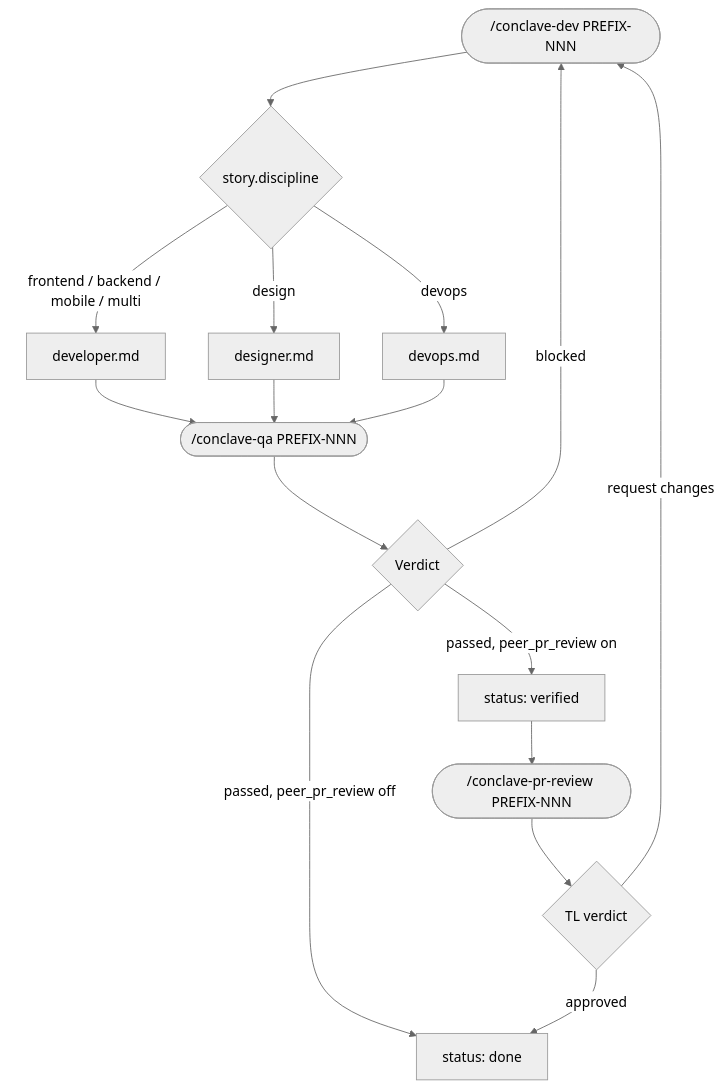
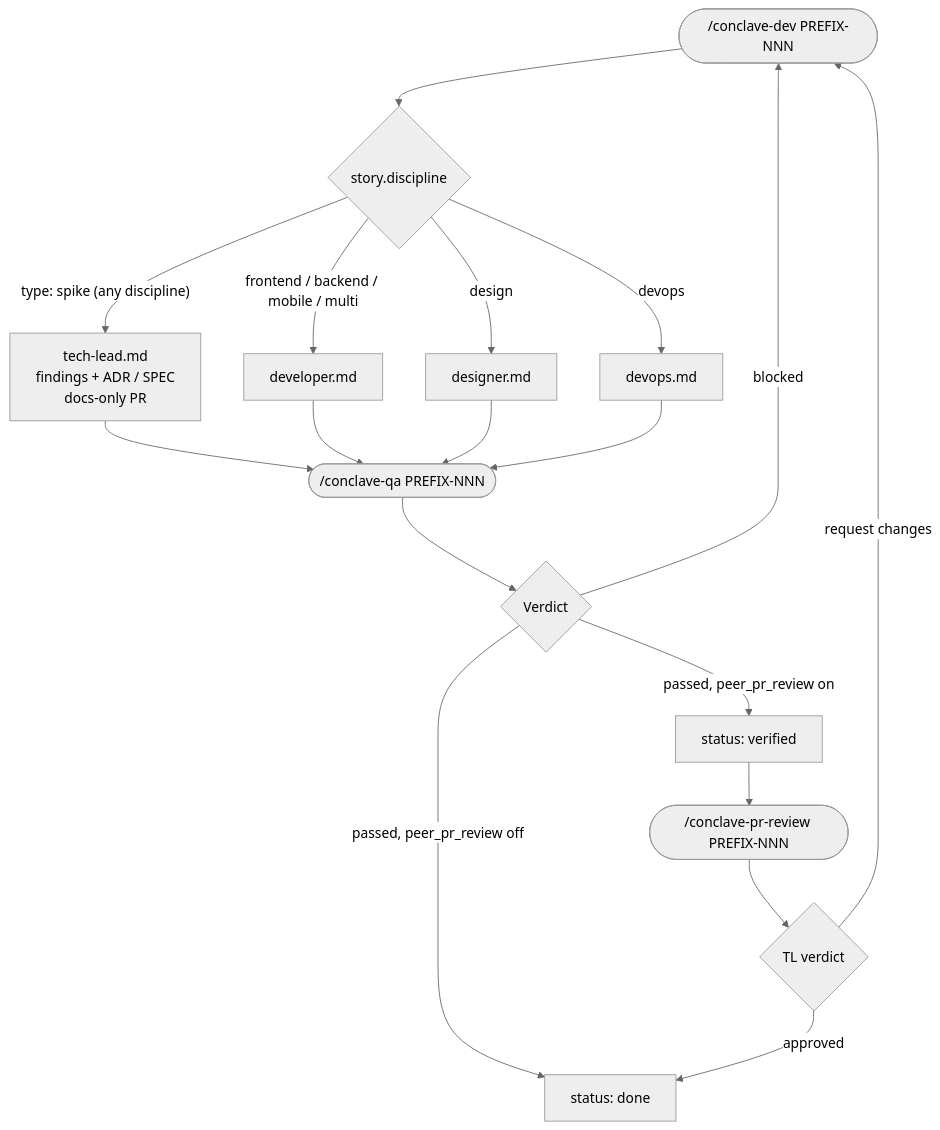
Before and after one commit to giolabs/conclave: the fifth of 6 diagrams in site/content/en/workflow.mdx, drawn with Mermaid (neutral theme). The commit also changed other lines of this file and 41 other files, not shown here.

````diff
--- a/site/content/en/workflow.mdx
+++ b/site/content/en/workflow.mdx
@@ -70,21 +93,23 @@
 ```mermaid
 flowchart TD
     Dev(["/conclave-dev PREFIX-NNN"]) --> Route{"story.discipline"}
     Route -->|frontend / backend / mobile / multi| Developer["developer.md"]
     Route -->|design| Designer["designer.md"]
     Route -->|devops| DevOps["devops.md"]
+    Route -->|"type: spike (any discipline)"| TLSpike["tech-lead.md<br/>findings + ADR / SPEC<br/>docs-only PR"]
+    TLSpike --> QA
 
     Developer --> QA(["/conclave-qa PREFIX-NNN"])
     Designer --> QA
     DevOps --> QA
 
     QA --> Verdict{"Verdict"}
     Verdict -->|blocked| Dev
     Verdict -->|"passed, peer_pr_review off"| Done["status: done"]
     Verdict -->|"passed, peer_pr_review on"| Verified["status: verified"]
 
     Verified --> PRReview(["/conclave-pr-review PREFIX-NNN"])
     PRReview --> TLVerdict{"TL verdict"}
     TLVerdict -->|request changes| Dev
     TLVerdict -->|approved| Done
 ```
````
